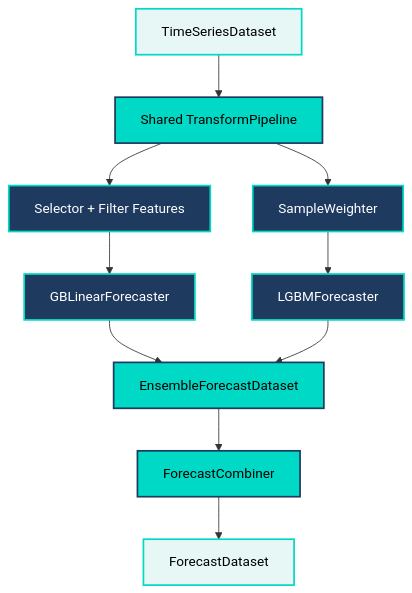
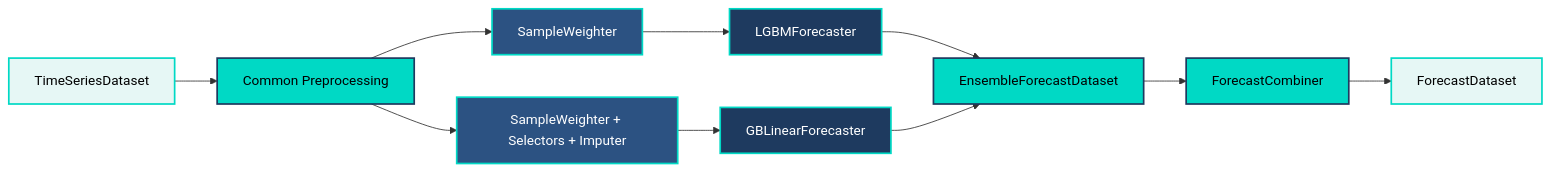
Before and after one commit to OpenSTEF/openstef: the diagram in docs/source/diagrams/user_guide/concepts/metalearning_diagram_1.mmd, drawn with Mermaid. The commit also changed 7 other files, not shown here.

```diff
--- a/docs/source/diagrams/user_guide/concepts/metalearning_diagram_1.mmd
+++ b/docs/source/diagrams/user_guide/concepts/metalearning_diagram_1.mmd
@@ -1,19 +1,24 @@
-graph TD
-    A[TimeSeriesDataset] --> B[Shared TransformPipeline]
-    B --> C[Selector + Filter Features]
-    B --> D[SampleWeighter]
-    C --> E[GBLinearForecaster]
-    D --> F[LGBMForecaster]
-    E --> G[EnsembleForecastDataset]
-    F --> G
-    G --> H[ForecastCombiner]
-    H --> I[ForecastDataset]
+graph LR
+    A[TimeSeriesDataset] --> B[Common Preprocessing]
+
+    B --> L_PRE[SampleWeighter]
+    B --> G_PRE[SampleWeighter + Selectors + Imputer]
+
+    L_PRE --> L[LGBMForecaster]
+    G_PRE --> G[GBLinearForecaster]
+
+    L --> ENS[EnsembleForecastDataset]
+    G --> ENS
+    ENS --> C[ForecastCombiner]
+    C --> OUT[ForecastDataset]
 
     classDef primary fill:#00D9C5,stroke:#1E3A5F,stroke-width:2px,color:#000
     classDef secondary fill:#1E3A5F,stroke:#00D9C5,stroke-width:2px,color:#fff
     classDef accent fill:#e6f7f5,stroke:#00D9C5,stroke-width:2px,color:#000
+    classDef permodel fill:#2c5282,stroke:#00D9C5,stroke-width:2px,color:#fff
 
-    class A,I accent
-    class B,H primary
-    class C,D,E,F secondary
-    class G primary
+    class A,OUT accent
+    class B,C primary
+    class L,G secondary
+    class L_PRE,G_PRE permodel
+    class ENS primary
```
